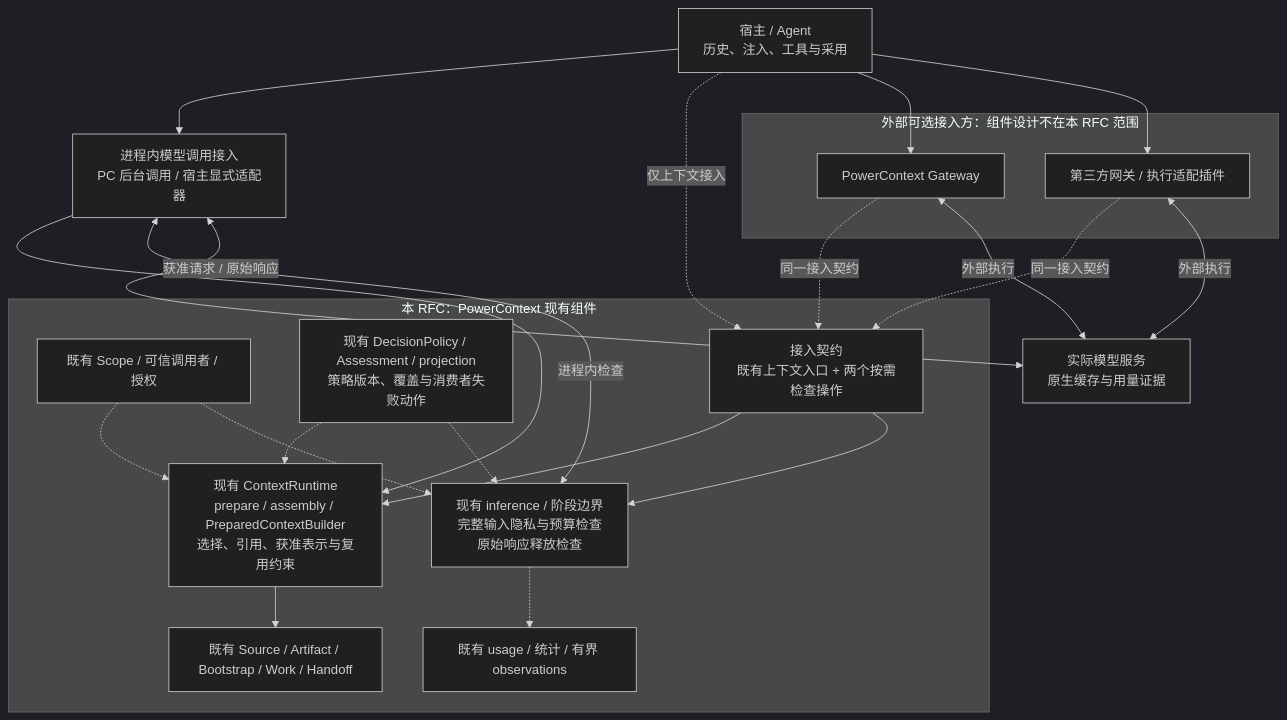
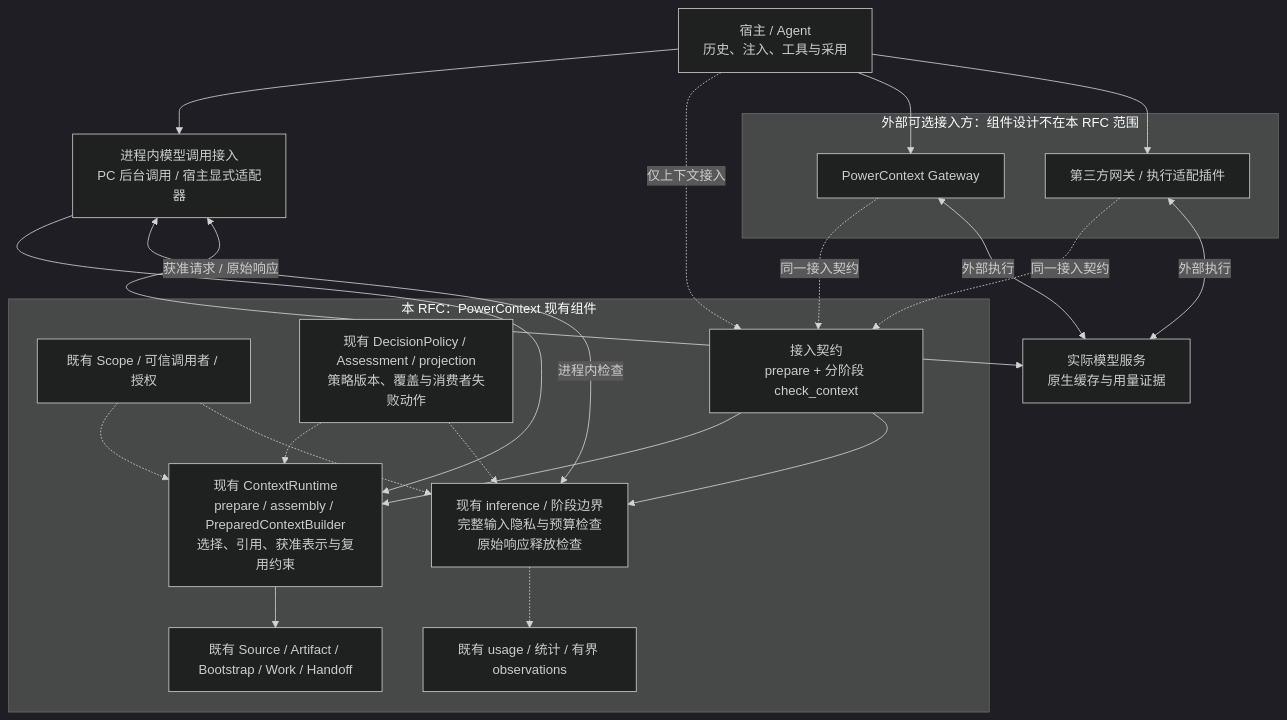
The first of 2 diagrams in docs/zh/rfcs/2086-core-inference-gates-and-optional-gateway.md (2397819368a-oss/powercontext-2026), drawn with Mermaid (dark theme) before and after one commit. The commit also changed other lines of this file and 1 other file, not shown here.

Commit message:
docs(rfc): unify context preparation and safety checks

````diff
--- a/docs/zh/rfcs/2086-core-inference-gates-and-optional-gateway.md
+++ b/docs/zh/rfcs/2086-core-inference-gates-and-optional-gateway.md
@@ -141,41 +141,41 @@
 ```mermaid
 flowchart TB
     HOST["宿主 / Agent<br/>历史、注入、工具与采用"]
     SDK["进程内模型调用接入<br/>PC 后台调用 / 宿主显式适配器"]
 
     subgraph CORE["本 RFC：PowerContext 现有组件"]
         AUTH["既有 Scope / 可信调用者 / 授权"]
         CONTEXT["现有 ContextRuntime<br/>prepare / assembly / PreparedContextBuilder<br/>选择、引用、获准表示与复用约束"]
         CHECK["现有 inference / 阶段边界<br/>完整输入隐私与预算检查<br/>原始响应释放检查"]
         POLICY["现有 DecisionPolicy / Assessment / projection<br/>策略版本、覆盖与消费者失败动作"]
         DATA["既有 Source / Artifact / Bootstrap / Work / Handoff"]
         USAGE["既有 usage / 统计 / 有界 observations"]
-        API["接入契约<br/>既有上下文入口 + 两个按需检查操作"]
+        API["接入契约<br/>prepare + 分阶段 check_context"]
         AUTH -.-> CONTEXT
         AUTH -.-> CHECK
         CONTEXT --> DATA
         POLICY -.-> CONTEXT
         POLICY -.-> CHECK
         CHECK -.-> USAGE
         API --> CONTEXT
         API --> CHECK
     end
 
     subgraph EXTERNAL["外部可选接入方：组件设计不在本 RFC 范围"]
         PCGW["PowerContext Gateway"]
         THIRD["第三方网关 / 执行适配插件"]
     end
     MODEL["实际模型服务<br/>原生缓存与用量证据"]
 
     HOST --> SDK
     HOST -. "仅上下文接入" .-> API
     SDK --> CONTEXT
     SDK <-->|"进程内检查"| CHECK
     SDK <-->|"获准请求 / 原始响应"| MODEL
     HOST --> PCGW
     HOST --> THIRD
     PCGW -. "同一接入契约" .-> API
     THIRD -. "同一接入契约" .-> API
     PCGW <-->|"外部执行"| MODEL
     THIRD <-->|"外部执行"| MODEL
 ```
````
